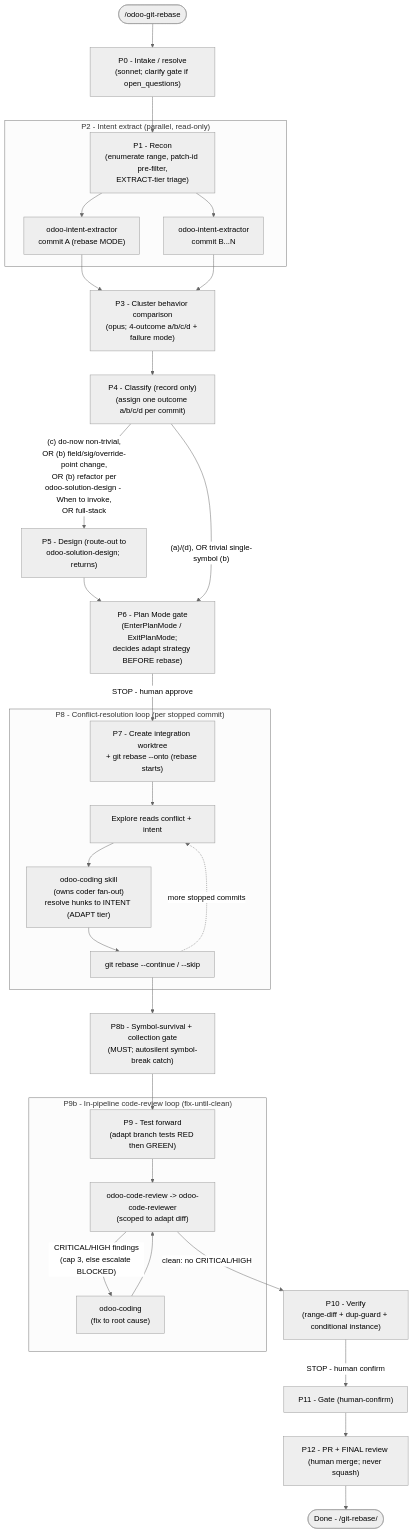
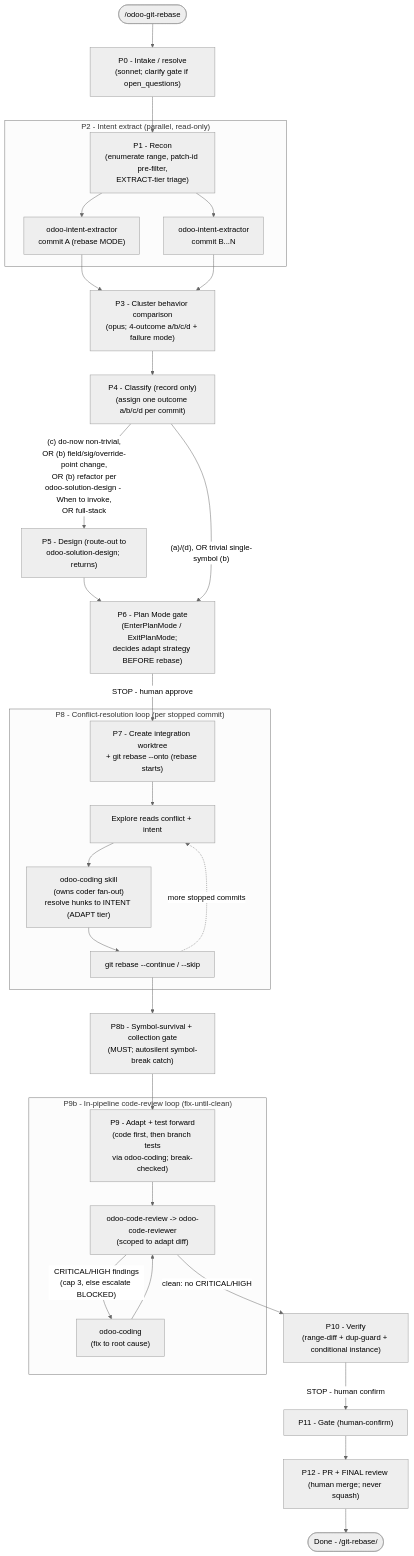
Before and after one commit to Viindoo/odoo-mcp-client: the sixth of 9 diagrams in plugins/odoo-ai-agents/README.md, drawn with Mermaid (neutral theme). The commit also changed other lines of this file and 71 other files, not shown here.

````diff
--- a/plugins/odoo-ai-agents/README.md
+++ b/plugins/odoo-ai-agents/README.md
@@ -461,41 +464,41 @@
 ```mermaid
 flowchart TD
     START(["/odoo-git-rebase"])
     START --> P0["P0 - Intake / resolve<br/>(sonnet; clarify gate if open_questions)"]
     P0 --> P1["P1 - Recon<br/>(enumerate range, patch-id pre-filter,<br/>EXTRACT-tier triage)"]
 
     subgraph P2_grp["P2 - Intent extract (parallel, read-only)"]
         P1 --> IE1["odoo-intent-extractor<br/>commit A (rebase MODE)"]
         P1 --> IE2["odoo-intent-extractor<br/>commit B...N"]
     end
 
     IE1 --> P3["P3 - Cluster behavior comparison<br/>(opus; 4-outcome a/b/c/d + failure mode)"]
     IE2 --> P3
     P3 --> P4["P4 - Classify (record only)<br/>(assign one outcome a/b/c/d per commit)"]
 
     P4 -->|"(c) do-now non-trivial,<br/>OR (b) field/sig/override-point change,<br/>OR (b) refactor per<br/>odoo-solution-design - When to invoke,<br/>OR full-stack"| P5["P5 - Design (route-out to<br/>odoo-solution-design; returns)"]
     P5 --> P6_gate
     P4 -->|"(a)/(d), OR trivial single-symbol (b)"| P6_gate["P6 - Plan Mode gate<br/>(EnterPlanMode / ExitPlanMode;<br/>decides adapt strategy BEFORE rebase)"]
     P6_gate -->|"STOP - human approve"| P7["P7 - Create integration worktree<br/>+ git rebase --onto (rebase starts)"]
 
     subgraph P8_grp["P8 - Conflict-resolution loop (per stopped commit)"]
         P7 --> CR1["Explore reads conflict + intent"]
         CR1 --> CR2["odoo-coding skill<br/>(owns coder fan-out)<br/>resolve hunks to INTENT (ADAPT tier)"]
         CR2 --> CR3["git rebase --continue / --skip"]
         CR3 -.->|"more stopped commits"| CR1
     end
 
     CR3 --> P8b["P8b - Symbol-survival + collection gate<br/>(MUST; autosilent symbol-break catch)"]
-    P8b --> P9["P9 - Test forward<br/>(adapt branch tests RED then GREEN)"]
+    P8b --> P9["P9 - Adapt + test forward<br/>(code first, then branch tests<br/>via odoo-coding; break-checked)"]
 
     subgraph P9b_grp["P9b - In-pipeline code-review loop (fix-until-clean)"]
         P9 --> RV["odoo-code-review -> odoo-code-reviewer<br/>(scoped to adapt diff)"]
         RV -->|"CRITICAL/HIGH findings<br/>(cap 3, else escalate BLOCKED)"| FX["odoo-coding<br/>(fix to root cause)"]
         FX --> RV
     end
 
     RV -->|"clean: no CRITICAL/HIGH"| P10["P10 - Verify<br/>(range-diff + dup-guard + conditional instance)"]
     P10 -->|"STOP - human confirm"| P11["P11 - Gate (human-confirm)"]
     P11 --> P12["P12 - PR + FINAL review (human merge; never squash)"]
     P12 --> DONE(["Done - <ISOLATE_DIR>/git-rebase/"])
 ```
````
